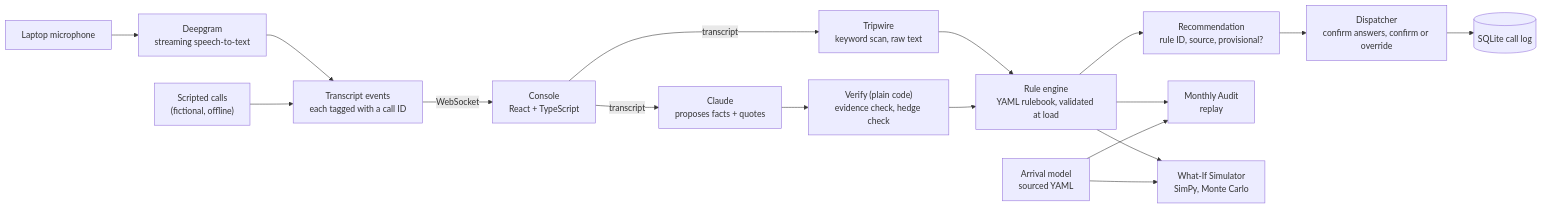
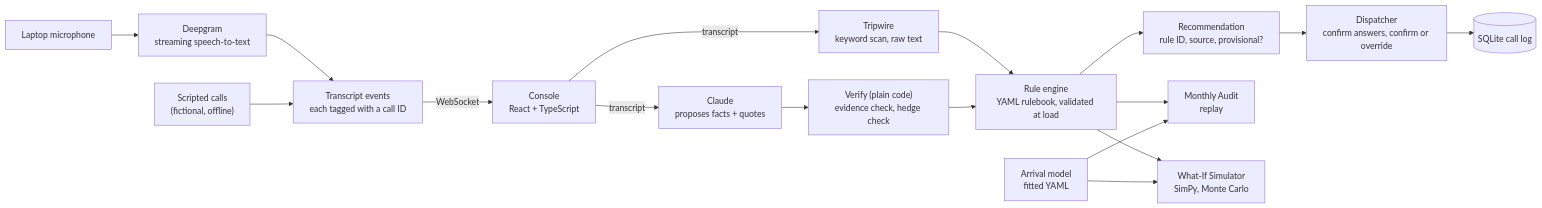
The diagram in README.md (doorukb/CivOps), drawn with Mermaid before and after one commit. The commit also changed other lines of this file and 1 other file, not shown here.

First line of the commit message:
Fix the CI badge and the architecture diagram label

````diff
--- a/README.md
+++ b/README.md
@@ -54,23 +54,23 @@
 ```mermaid
 flowchart LR
     MIC["Laptop microphone"] --> DG["Deepgram<br/>streaming speech-to-text"]
     SCR["Scripted calls<br/>(fictional, offline)"]
     DG --> EV["Transcript events<br/>each tagged with a call ID"]
     SCR --> EV
     EV -- WebSocket --> UI["Console<br/>React + TypeScript"]
 
     UI -- "transcript" --> TW["Tripwire<br/>keyword scan, raw text"]
     UI -- "transcript" --> EX["Claude<br/>proposes facts + quotes"]
     EX --> VF["Verify (plain code)<br/>evidence check, hedge check"]
 
     TW --> RE["Rule engine<br/>YAML rulebook, validated at load"]
     VF --> RE
     RE --> REC["Recommendation<br/>rule ID, source, provisional?"]
     REC --> HUM["Dispatcher<br/>confirm answers, confirm or override"]
     HUM --> LOG[("SQLite call log")]
 
     RE --> AUD["Monthly Audit<br/>replay"]
     RE --> SIM["What-If Simulator<br/>SimPy, Monte Carlo"]
-    ARR["Arrival model<br/>sourced YAML"] --> AUD
+    ARR["Arrival model<br/>fitted YAML"] --> AUD
     ARR --> SIM
 ```
````
